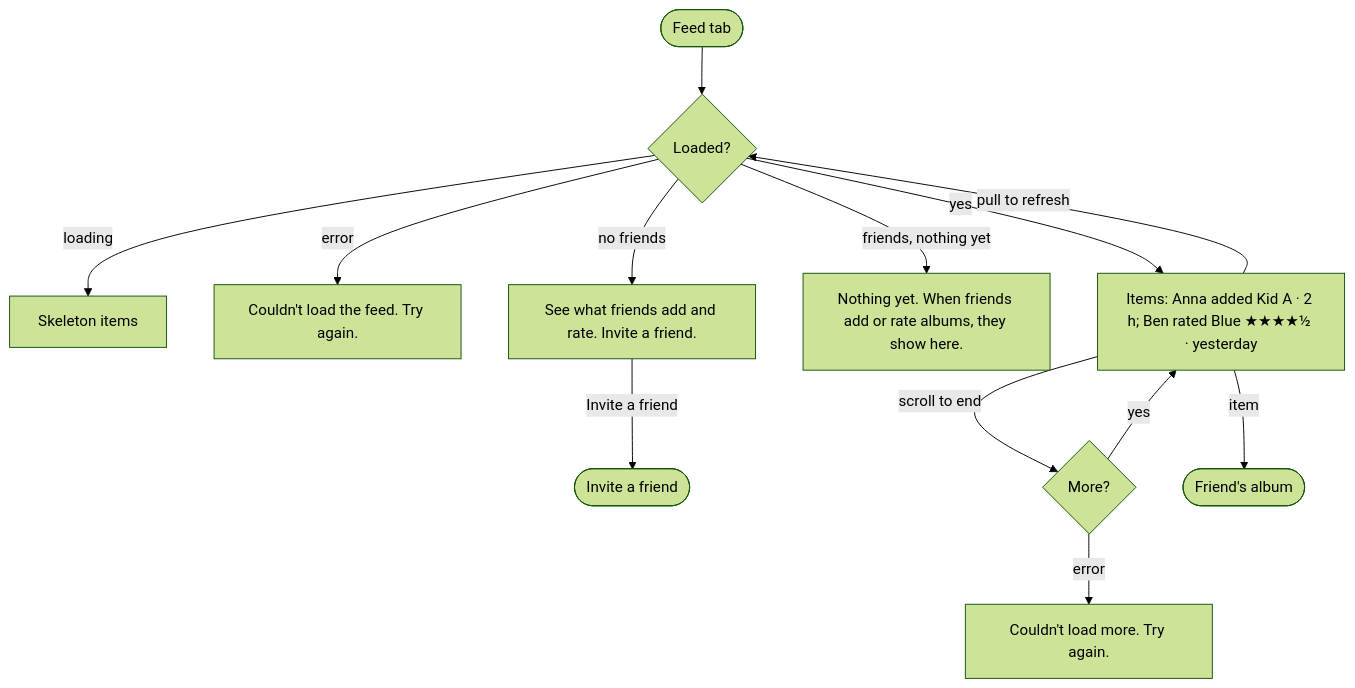
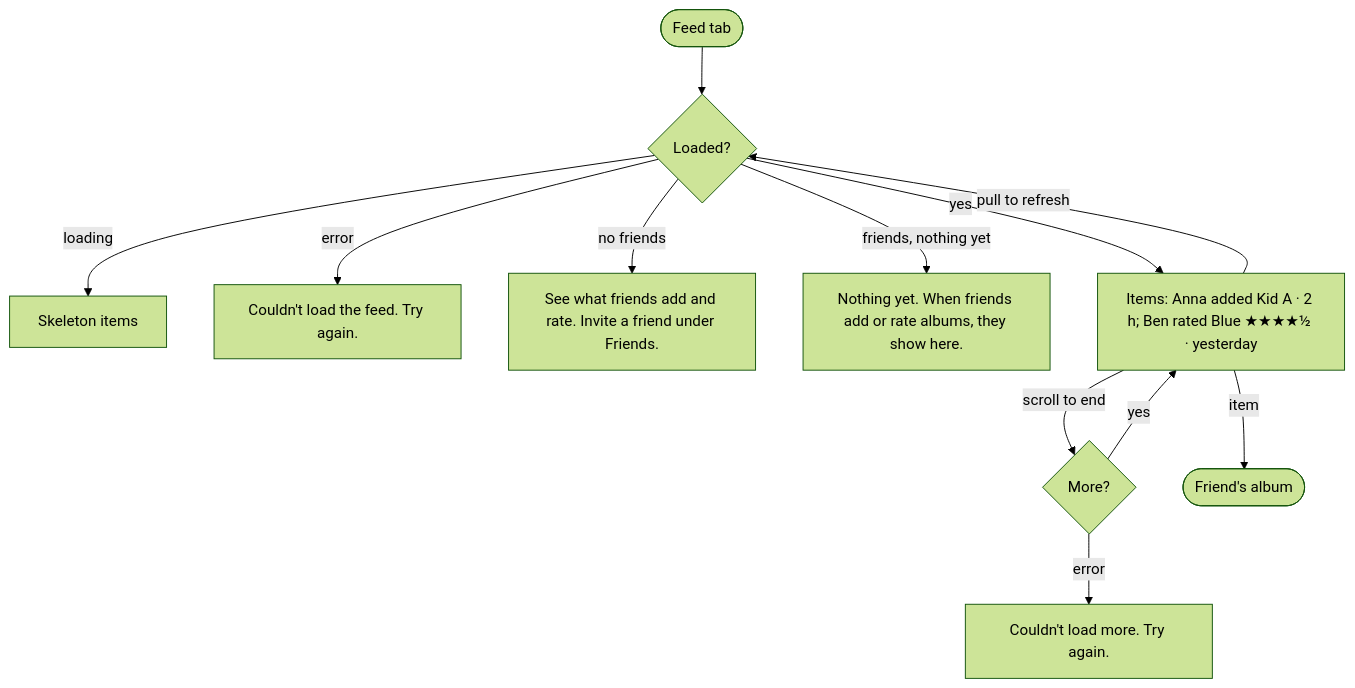
Diagram 13 of 14 in docs/design/flows.md (Schwub/shelf), drawn with Mermaid (forest theme) before and after one commit. The commit also changed other lines of this file and 28 other files, not shown here.

````diff
--- a/docs/design/flows.md
+++ b/docs/design/flows.md
@@ -326,14 +328,14 @@
 ```mermaid
 flowchart TD
   tab([Feed tab]) --> load{Loaded?}
   load -- loading --> skel[Skeleton items]
   load -- error --> err[Couldn't load the feed. Try again.]
-  load -- no friends --> nofriends[See what friends add and rate. Invite a friend.] -- Invite a friend --> invite([Invite a friend])
+  load -- no friends --> nofriends[See what friends add and rate. Invite a friend under Friends.]
   load -- friends, nothing yet --> quiet[Nothing yet. When friends add or rate albums, they show here.]
   load -- yes --> items[Items: Anna added Kid A · 2 h; Ben rated Blue ★★★★½ · yesterday]
   items -- scroll to end --> more{More?}
   more -- yes --> items
   more -- error --> moreErr[Couldn't load more. Try again.]
   items -- pull to refresh --> load
   items -- item --> falbum([Friend's album])
 ```
````
